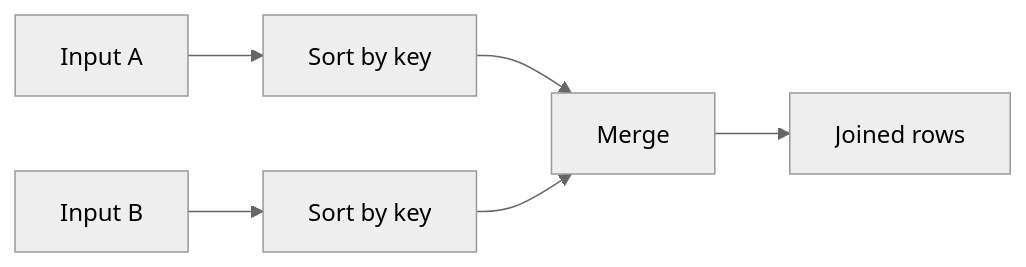
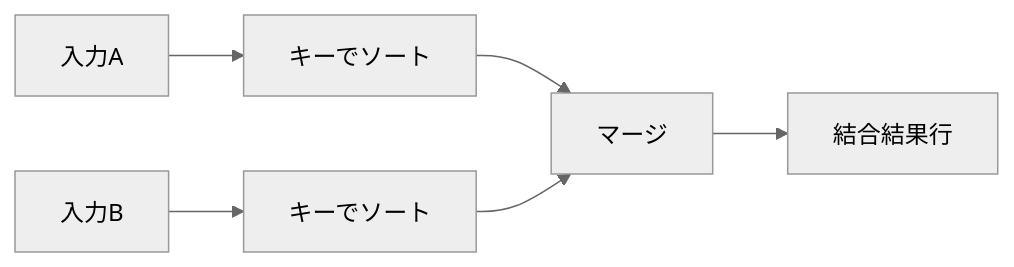
Before and after one commit to hirunebot/database-systems-book: the sixth of 8 diagrams in src/content/docs/03-query-processing/08-join-algorithms.md, drawn with Mermaid (neutral theme). The commit also changed other lines of this file and 42 other files, not shown here.

````diff
--- a/src/content/docs/03-query-processing/08-join-algorithms.md
+++ b/src/content/docs/03-query-processing/08-join-algorithms.md
@@ -199,8 +199,8 @@
 ```mermaid
 flowchart LR
-    A["Input A"] --> SA["Sort by key"]
-    B["Input B"] --> SB["Sort by key"]
-    SA --> Merge["Merge"]
+    A["入力A"] --> SA["キーでソート"]
+    B["入力B"] --> SB["キーでソート"]
+    SA --> Merge["マージ"]
     SB --> Merge
-    Merge --> O["Joined rows"]
+    Merge --> O["結合結果行"]
 ```
````
